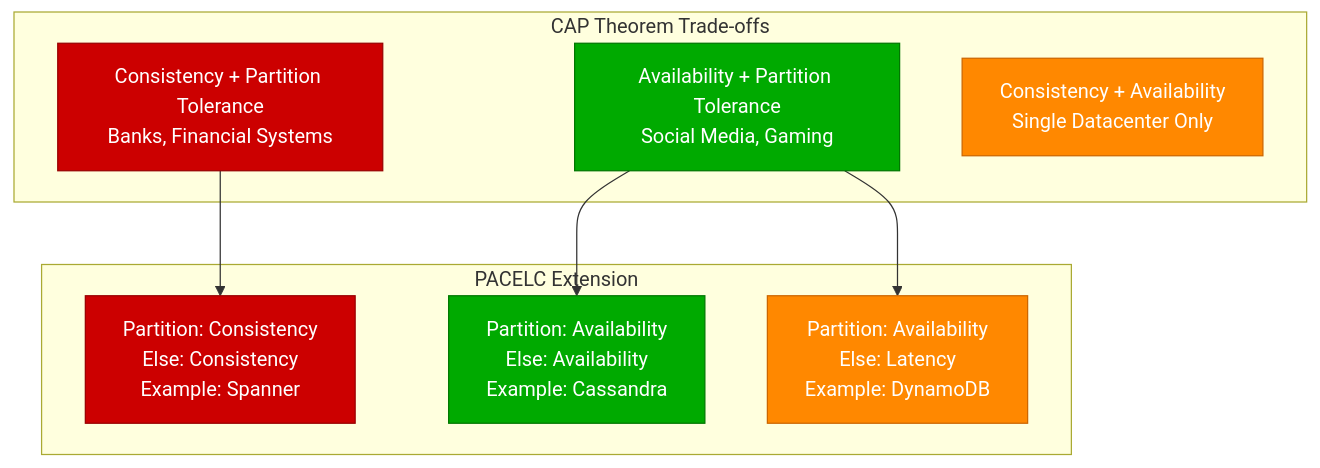
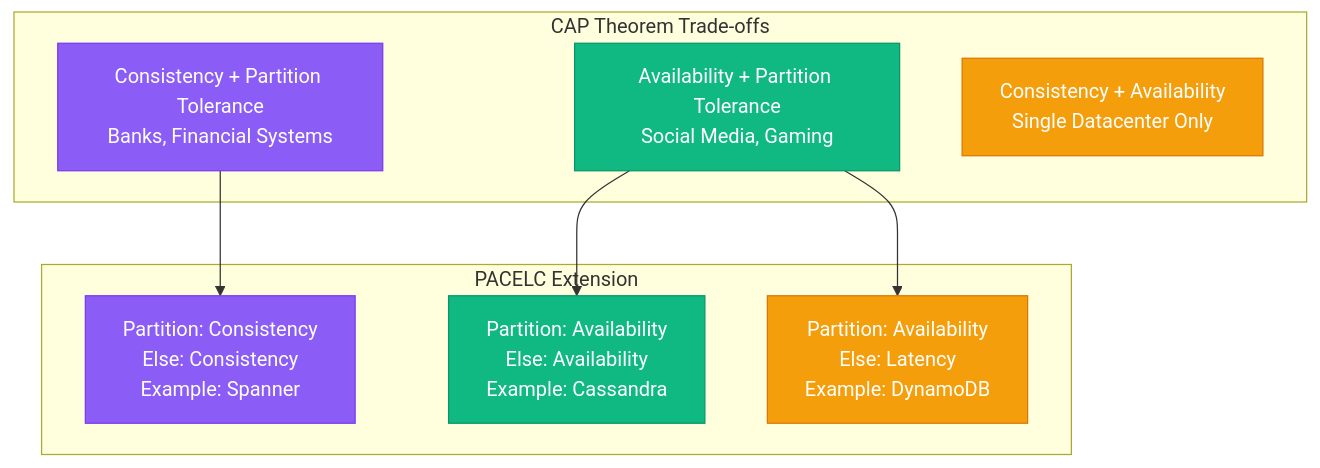
Before and after one commit to deepaucksharma/DS: the second of 3 diagrams in site/docs/foundation/capabilities.md, drawn with Mermaid. The commit also changed other lines of this file and 303 other files, not shown here.

````diff
--- a/site/docs/foundation/capabilities.md
+++ b/site/docs/foundation/capabilities.md
@@ -58,27 +58,27 @@
 ```mermaid
 graph TB
     subgraph CAP["CAP Theorem Trade-offs"]
         CP["Consistency + Partition Tolerance<br/>Banks, Financial Systems"]
         AP["Availability + Partition Tolerance<br/>Social Media, Gaming"]
         CA["Consistency + Availability<br/>Single Datacenter Only"]
     end
 
     subgraph PACELC["PACELC Extension"]
         PC["Partition: Consistency<br/>Else: Consistency<br/>Example: Spanner"]
         PA["Partition: Availability<br/>Else: Availability<br/>Example: Cassandra"]
         PL["Partition: Availability<br/>Else: Latency<br/>Example: DynamoDB"]
     end
 
     CP --> PC
     AP --> PA
     AP --> PL
 
     %% Apply colors
-    classDef strongStyle fill:#CC0000,stroke:#990000,color:#fff
-    classDef weakStyle fill:#00AA00,stroke:#007700,color:#fff
-    classDef balanceStyle fill:#FF8800,stroke:#CC6600,color:#fff
+    classDef strongStyle fill:#8B5CF6,stroke:#7C3AED,color:#fff
+    classDef weakStyle fill:#10B981,stroke:#059669,color:#fff
+    classDef balanceStyle fill:#F59E0B,stroke:#D97706,color:#fff
 
     class CP,PC strongStyle
     class AP,PA weakStyle
     class CA,PL balanceStyle
 ```
````
